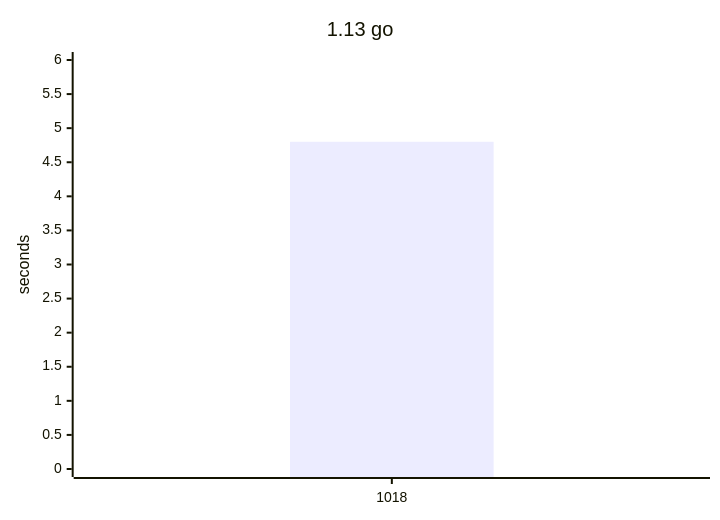
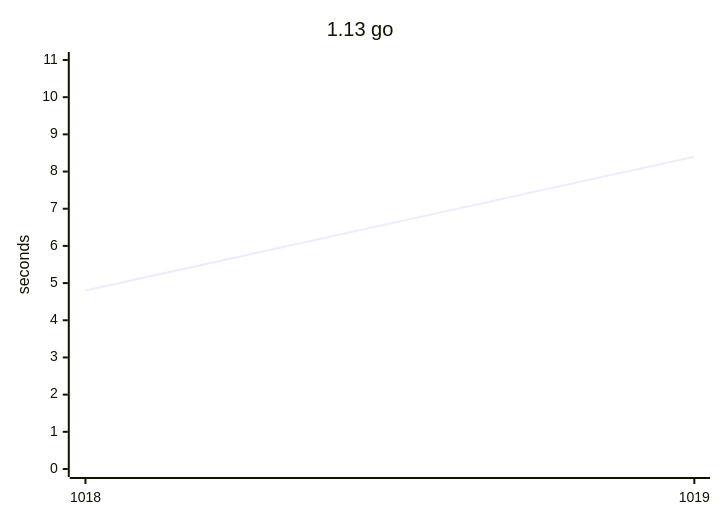
One commit to yamanori99/DistSSHRun.jl changed the second of 9 diagrams in README.md. Above: the diagram before and after it, drawn with Mermaid. The commit also changed other lines of this file and 1 other file, not shown here.

````diff
--- a/README.md
+++ b/README.md
@@ -42,7 +46,7 @@
 ```mermaid
 xychart-beta
     title "1.13 go"
-    x-axis ["1018"]
-    y-axis "seconds" 0 --> 6
-    bar [4.8]
+    x-axis ["1018", "1019"]
+    y-axis "seconds" 0 --> 11
+    line [4.8, 8.4]
 ```
````
